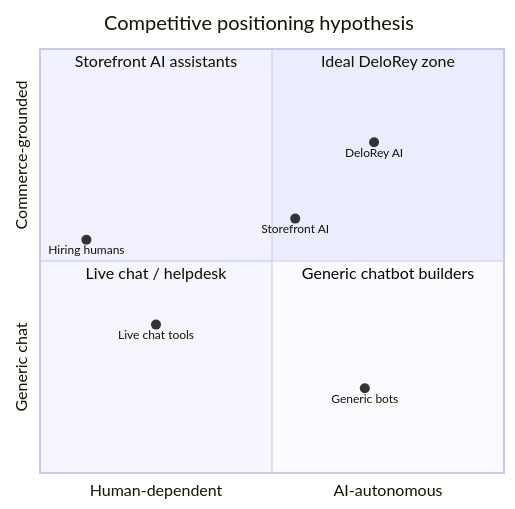
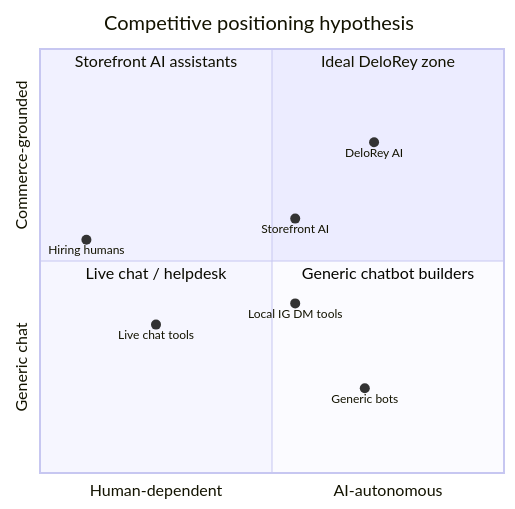
One commit to meteor7495/delorey-ai changed the third of 3 diagrams in docs/01-business/market-research.md. Above: the diagram before and after it, drawn with Mermaid. The commit also changed other lines of this file and 2 other files, not shown here.

````diff
--- a/docs/01-business/market-research.md
+++ b/docs/01-business/market-research.md
@@ -469,15 +487,16 @@
 ```mermaid
 quadrantChart
     title Competitive positioning hypothesis
     x-axis Human-dependent --> AI-autonomous
     y-axis Generic chat --> Commerce-grounded
     quadrant-1 Ideal DeloRey zone
     quadrant-2 Storefront AI assistants
     quadrant-3 Live chat / helpdesk
     quadrant-4 Generic chatbot builders
     DeloRey AI: [0.72, 0.78]
     Live chat tools: [0.25, 0.35]
     Generic bots: [0.70, 0.20]
+    Local IG DM tools: [0.55, 0.40]
     Hiring humans: [0.10, 0.55]
     Storefront AI: [0.55, 0.60]
 ```
````
